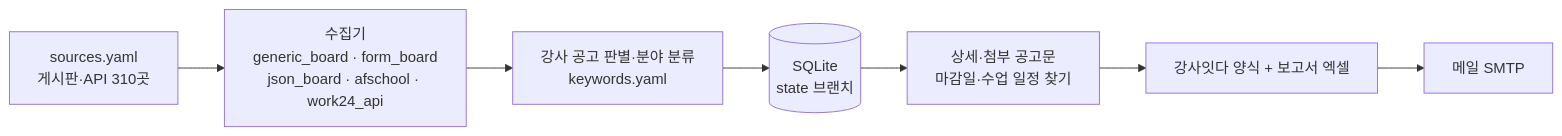
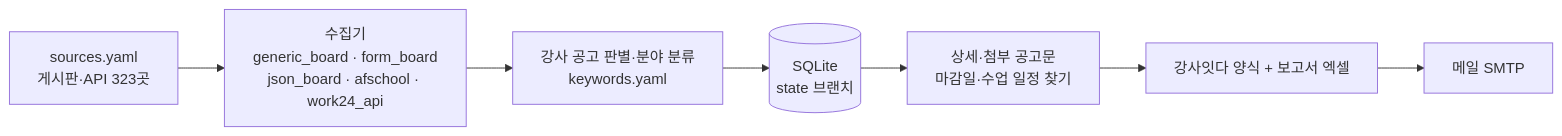
The diagram in docs/DESIGN.md (thskal17-sudo/busan-school-company), drawn with Mermaid before and after one commit. The commit also changed other lines of this file and 7 other files, not shown here.

````diff
--- a/docs/DESIGN.md
+++ b/docs/DESIGN.md
@@ -29,9 +29,9 @@
 ```mermaid
 flowchart LR
-    S[sources.yaml<br/>게시판·API 310곳] --> C[수집기<br/>generic_board · form_board<br/>json_board · afschool · work24_api]
+    S[sources.yaml<br/>게시판·API 323곳] --> C[수집기<br/>generic_board · form_board<br/>json_board · afschool · work24_api]
     C --> F[강사 공고 판별·분야 분류<br/>keywords.yaml]
     F --> D[(SQLite<br/>state 브랜치)]
     D --> I[상세·첨부 공고문<br/>마감일·수업 일정 찾기]
     I --> X[강사잇다 양식 + 보고서 엑셀]
     X --> M[메일 SMTP]
 ```
````
